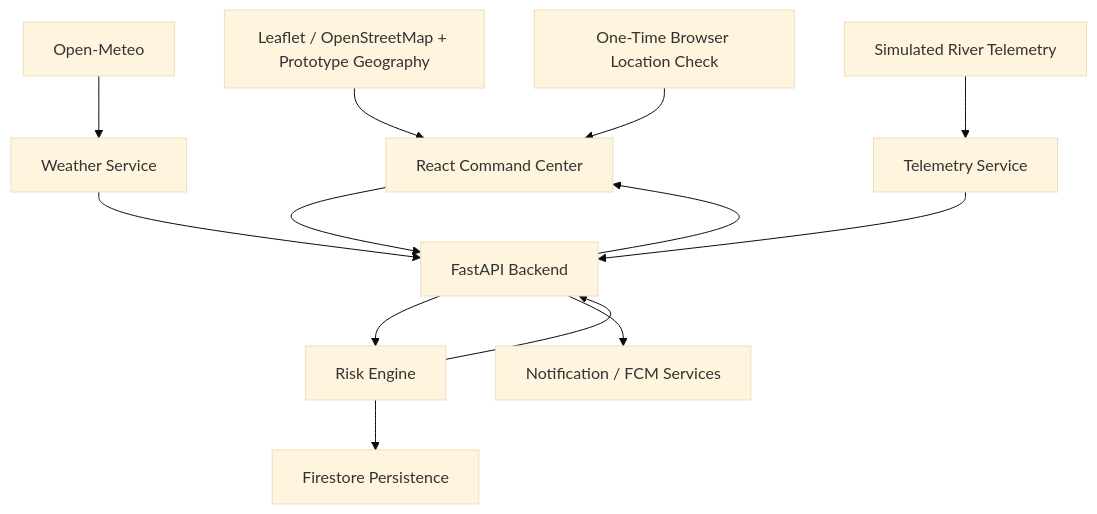
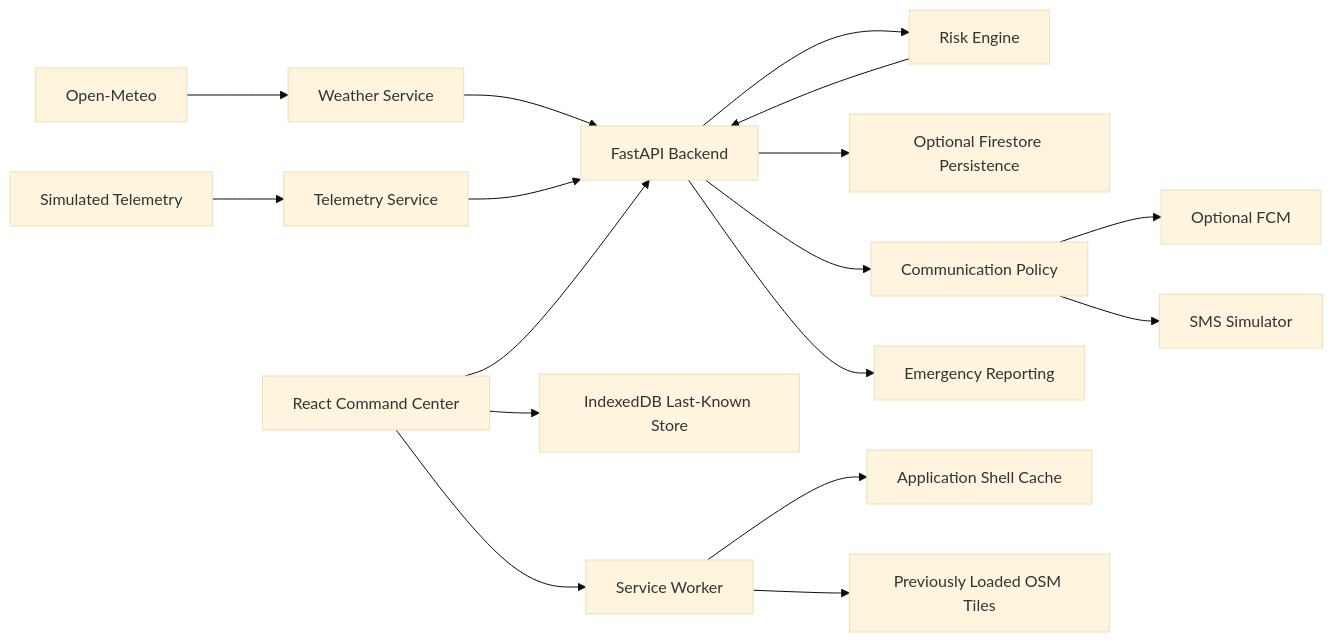
Before and after one commit to Kaman259/FlashFlood: the diagram in README.md, drawn with Mermaid (base theme). The commit also changed other lines of this file and 13 other files, not shown here.

````diff
--- a/README.md
+++ b/README.md
@@ -90,27 +42,22 @@
 ```mermaid
-flowchart TD
-    UI[React Command Center]
-    API[FastAPI Backend]
-    RE[Risk Engine]
-    WS[Weather Service]
-    TS[Telemetry Service]
-    DB[Firestore Persistence]
-    NS[Notification / FCM Services]
-    OM[Open-Meteo]
-    ST[Simulated River Telemetry]
-    MAP[Leaflet / OpenStreetMap + Prototype Geography]
-    GEO[One-Time Browser Location Check]
+flowchart LR
+    OM[Open-Meteo] --> WS[Weather Service]
+    TEL[Simulated Telemetry] --> TS[Telemetry Service]
 
-    UI --> API
-    OM --> WS
-    WS --> API
-    ST --> TS
+    WS --> API[FastAPI Backend]
     TS --> API
-    API --> RE
-    RE --> DB
+    API --> RE[Risk Engine]
     RE --> API
-    API --> NS
-    API --> UI
-    MAP --> UI
-    GEO --> UI
+
+    API --> FP[Optional Firestore Persistence]
+    API --> CP[Communication Policy]
+    CP --> FCM[Optional FCM]
+    CP --> SMS[SMS Simulator]
+    API --> ER[Emergency Reporting]
+
+    UI[React Command Center] --> API
+    UI --> IDB[IndexedDB Last-Known Store]
+    UI --> SW[Service Worker]
+    SW --> SHELL[Application Shell Cache]
+    SW --> TILES[Previously Loaded OSM Tiles]
 ```
````
